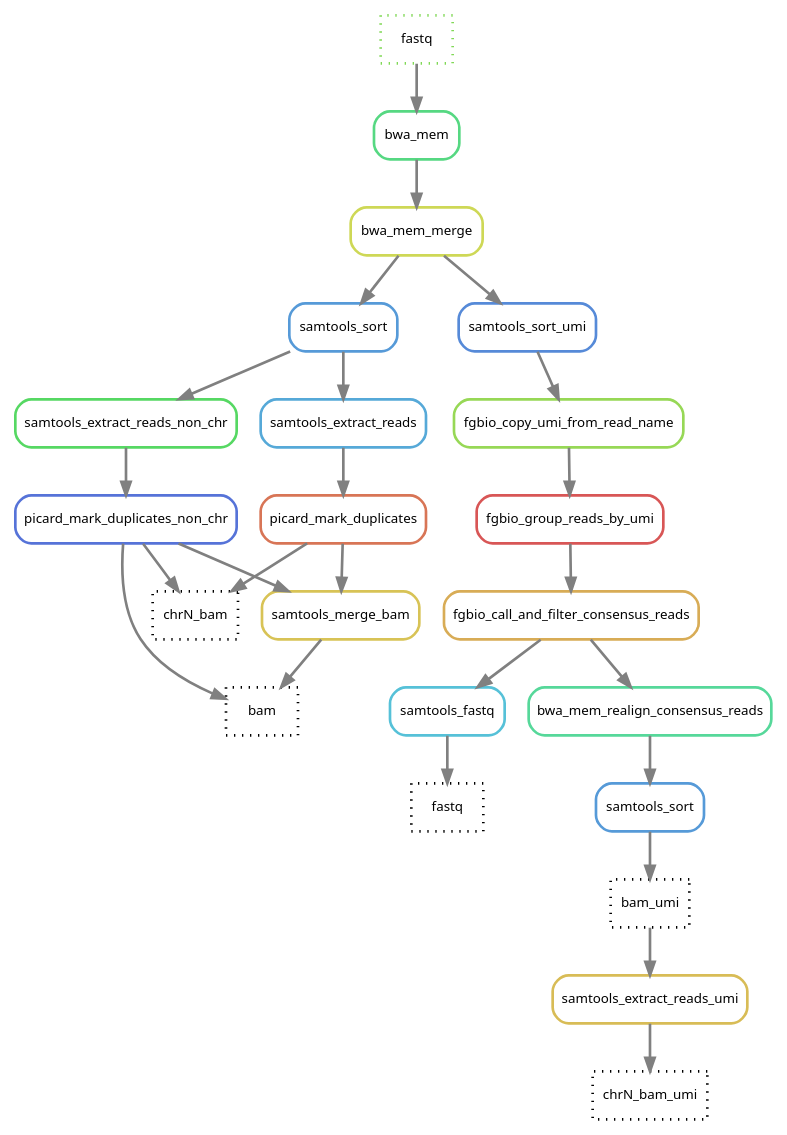
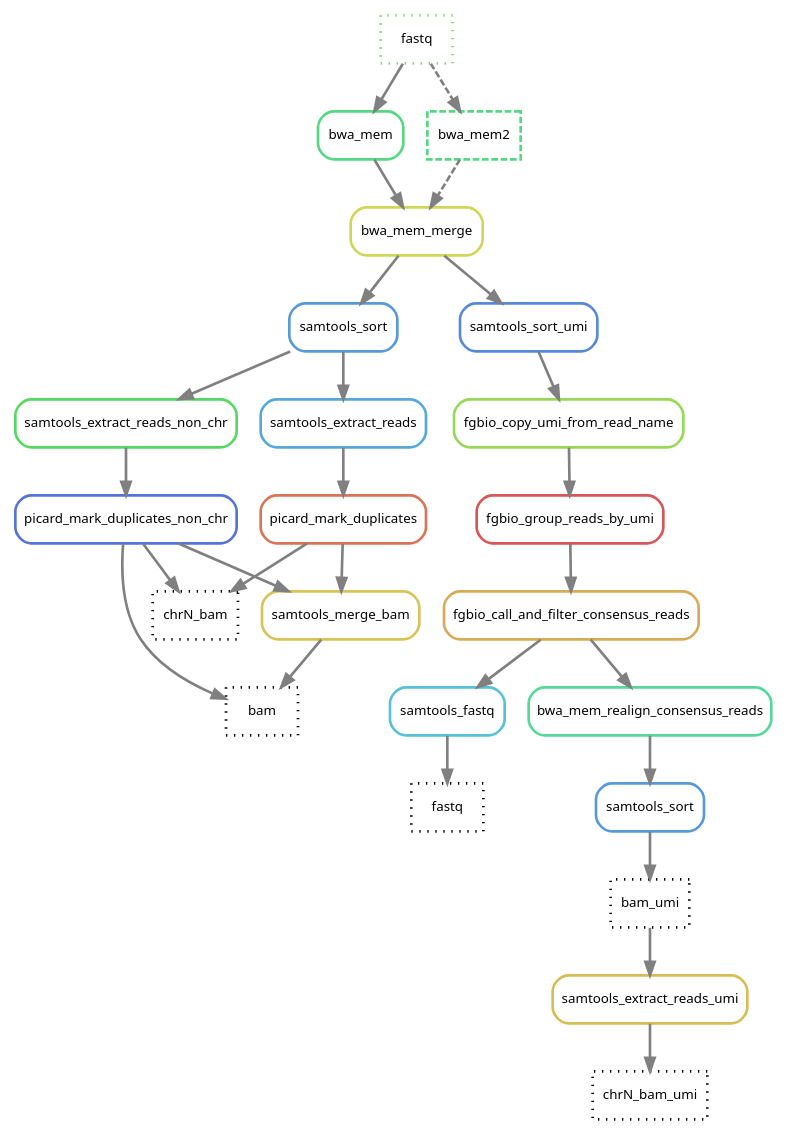
One commit to hydra-genetics/alignment changed the diagram in docs/images/alignment.dna.dot. Above: the diagram before and after it, drawn with Graphviz. The commit also changed 13 other files, not shown here.

First line of the commit message:
feat: added bwa-mem2 and a config switch short_read_aligner to choose aligner (#184)

```diff
--- a/docs/images/alignment.dna.dot
+++ b/docs/images/alignment.dna.dot
@@ -1,52 +1,55 @@
 digraph snakemake_dag {
     graph[bgcolor=white, margin=0];
     node[shape=box, style=rounded, fontname=sans,                 fontsize=10, penwidth=2];
     edge[penwidth=2, color=grey];
 	0[label = "fastq", color = "0.28 0.6 0.85", style="dotted"];
 	61[label = "fastq", color = "0.0 0.0 0.0", style="dotted"];
 
 	41[label = "samtools_sort", color = "0.58 0.6 0.85", style="rounded"];
 	42[label = "samtools_sort", color = "0.58 0.6 0.85", style="rounded"];
 	2[label = "samtools_merge_bam", color = "0.14 0.6 0.85", style="rounded"];
 	3[label = "picard_mark_duplicates", color = "0.04 0.6 0.85", style="rounded"];
 	4[label = "samtools_extract_reads", color = "0.56 0.6 0.85", style="rounded"];
 	51[label = "samtools_extract_reads_umi", color = "0.13 0.6 0.85", style="rounded"];
 	5[label = "bwa_mem_merge", color = "0.18 0.6 0.85", style="rounded"];
 	6[label = "bwa_mem", color = "0.39 0.6 0.85", style="rounded"];
+	7[label = "bwa_mem2", color = "0.39 0.6 0.85", style="dashed"];
 	8[label = "picard_mark_duplicates_non_chr", color = "0.63 0.6 0.85", style="rounded"];
 	9[label = "samtools_extract_reads_non_chr", color = "0.35 0.6 0.85", style="rounded"];
 	10[label = "bwa_mem_realign_consensus_reads", color = "0.42 0.6 0.85", style="rounded"];
 	11[label = "fgbio_call_and_filter_consensus_reads", color = "0.11 0.6 0.85", style="rounded"];
 	12[label = "fgbio_group_reads_by_umi", color = "0.00 0.6 0.85", style="rounded"];
 	13[label = "fgbio_copy_umi_from_read_name", color = "0.25 0.6 0.85", style="rounded"];
 	14[label = "samtools_sort_umi", color = "0.60 0.6 0.85", style="rounded"];
 	15[label = "samtools_fastq", color = "0.53 0.6 0.85", style="rounded"];
 	20[label = "bam", color = "0.0 0.0 0.0", style="dotted"];
 	21[label = "bam_umi", color = "0.0 0.0 0.0", style="dotted"];
 	30[label = "chrN_bam", color = "0.0 0.0 0.0", style="dotted"];
 	31[label = "chrN_bam_umi", color = "0.0 0.0 0.0", style="dotted"];
 	0 -> 6
+	0 -> 7 [style="dashed"]
 	15 -> 61
 	5 -> 41
 	2 -> 20
 	10 -> 42
 	8 -> 20
 	3 -> 2
 	8 -> 2
 	3 -> 30
 	8 -> 30
 	4 -> 3
 	41 -> 4
 	6 -> 5
+	7 -> 5 [style="dashed"]
 	9 -> 8
 	41 -> 9
 	11 -> 10
 	12 -> 11
 	13 -> 12
 	14 -> 13
 	5 -> 14
 	11 -> 15
 	42 -> 21
 	21 -> 51
 	51 -> 31
 }            
```
